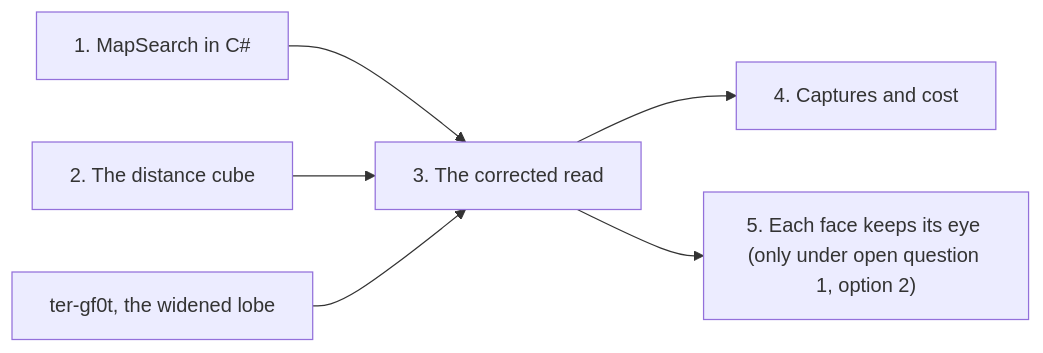
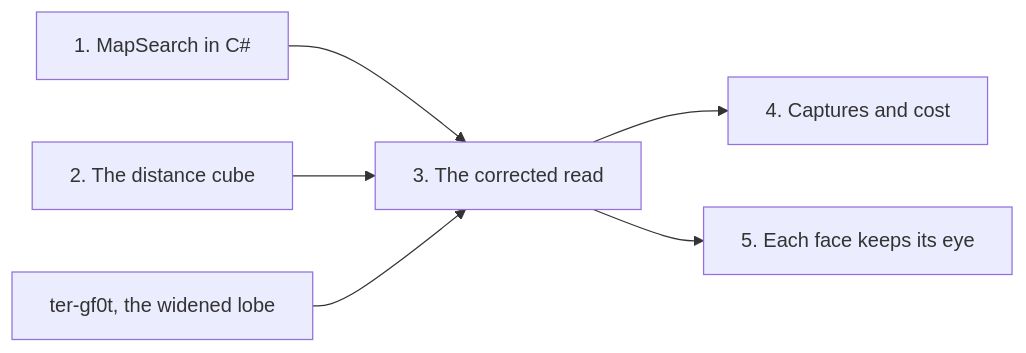
The second of 2 diagrams in docs/plans/environment-map-distances.md (alexispurslane/tertius), drawn with Mermaid before and after one commit. The commit also changed other lines of this file and 1 other file, not shown here.

Commit message:
ter-jw7g: the user's answers, each face keeps its eye (ticket 5) and the occlusion darkens every read

````diff
--- a/docs/plans/environment-map-distances.md
+++ b/docs/plans/environment-map-distances.md
@@ -771,8 +771,8 @@
 ```mermaid
 flowchart LR
     T1["1. MapSearch in C#"] --> T3["3. The corrected read"]
     T2["2. The distance cube"] --> T3
     G["ter-gf0t, the widened lobe"] --> T3
     T3 --> T4["4. Captures and cost"]
-    T3 --> T5["5. Each face keeps its eye (only under open question 1, option 2)"]
+    T3 --> T5["5. Each face keeps its eye"]
 ```
````
